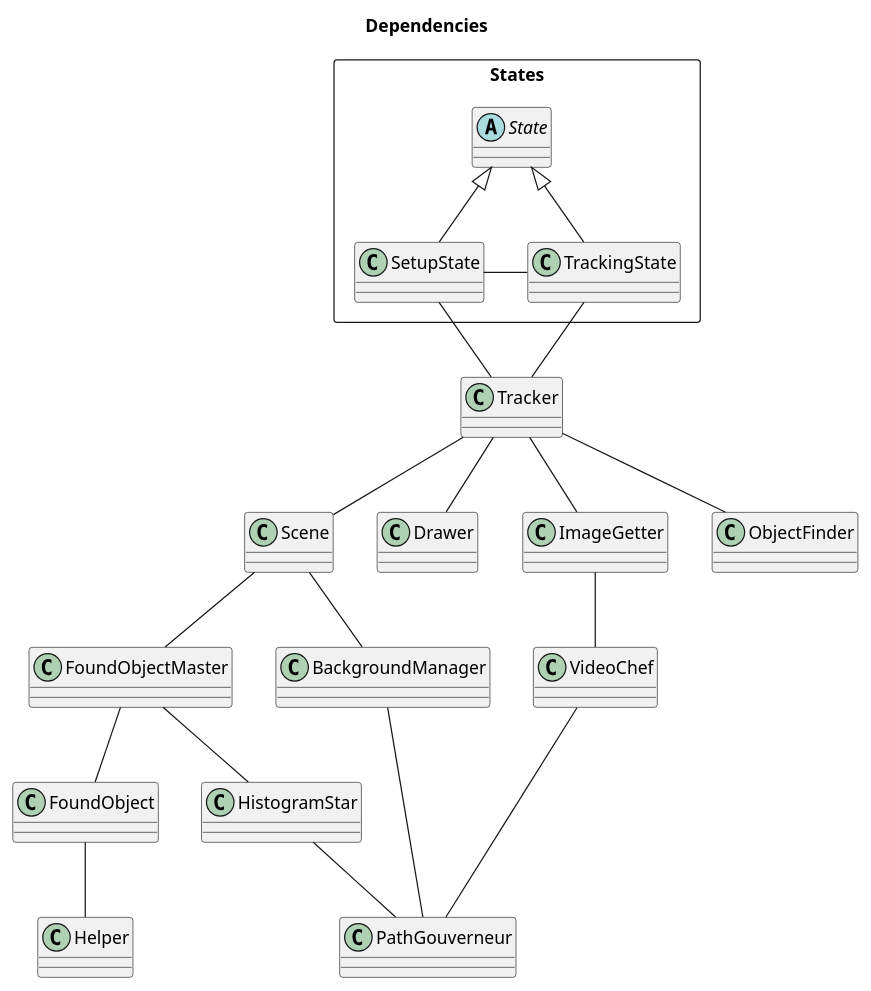
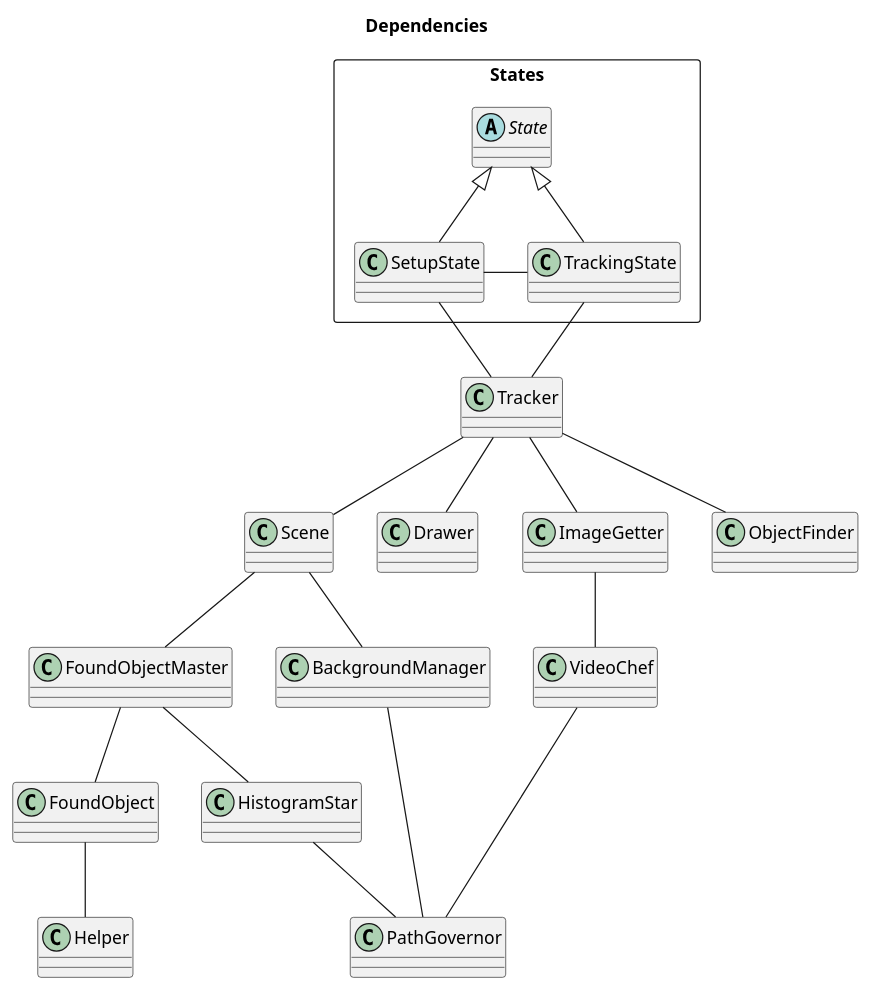
Before and after one commit to NewTec-GmbH/SpaceShipRadar: the diagram in doc/uml/swarch.puml, drawn with PlantUML. The commit also changed 8 other files, not shown here.

```diff
--- a/doc/uml/swarch.puml
+++ b/doc/uml/swarch.puml
@@ -1,57 +1,57 @@
 @startuml swarch
 title Dependencies
 
 
 
 class Scene
 class Helper
 
 class FoundObject
 class FoundObjectMaster
 
 class Drawer
 class BackgroundManager
-class PathGouverneur
+class PathGovernor
 
 class VideoChef
 class ImageGetter
 class ObjectFinder
 class Tracker
 class HistogramStar
 
 package States <<rectangle>>{
     abstract State
     class SetupState 
     class TrackingState
     
 }
 
 Scene -- FoundObjectMaster
 Scene -- BackgroundManager
 
 FoundObject -- Helper
 
 FoundObjectMaster -- FoundObject
 FoundObjectMaster -- HistogramStar
 
-BackgroundManager -- PathGouverneur
+BackgroundManager -- PathGovernor
 
 ImageGetter -- VideoChef
 
-VideoChef -- PathGouverneur
+VideoChef -- PathGovernor
 
 SetupState -- Tracker
 SetupState -right- TrackingState
 "State" <|-- SetupState
 
 TrackingState -- Tracker
 "State" <|-- TrackingState
 
 Tracker -- Scene
 Tracker -- ImageGetter
 Tracker -- ObjectFinder
 Tracker -- Drawer
 
-HistogramStar -- PathGouverneur
+HistogramStar -- PathGovernor
 
 @enduml
```
